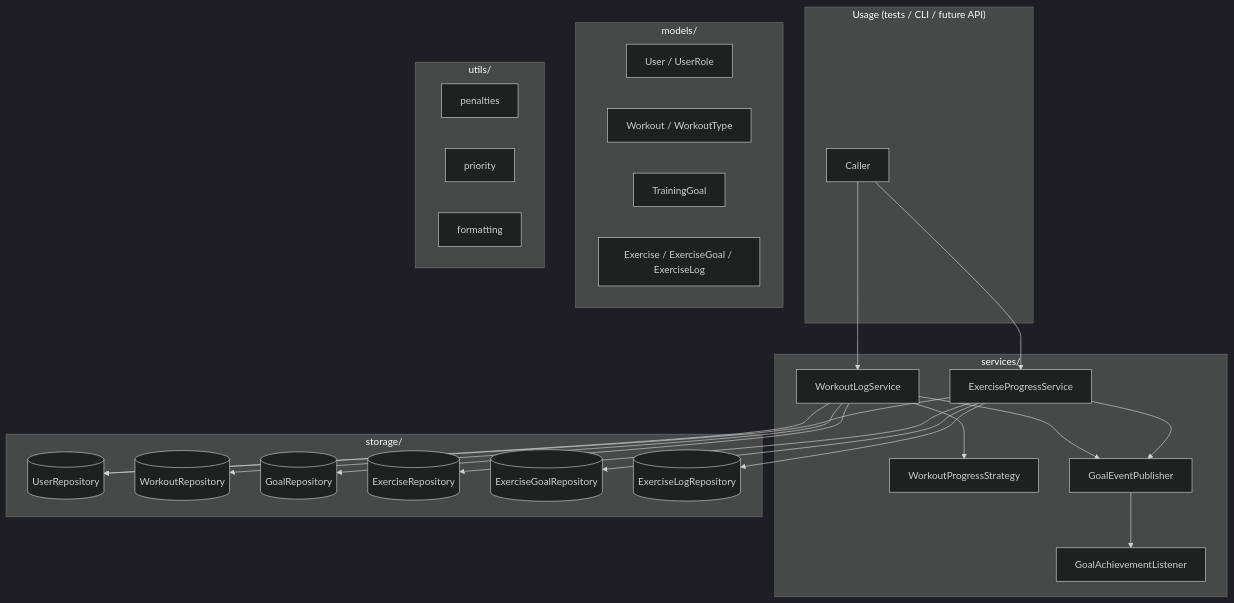
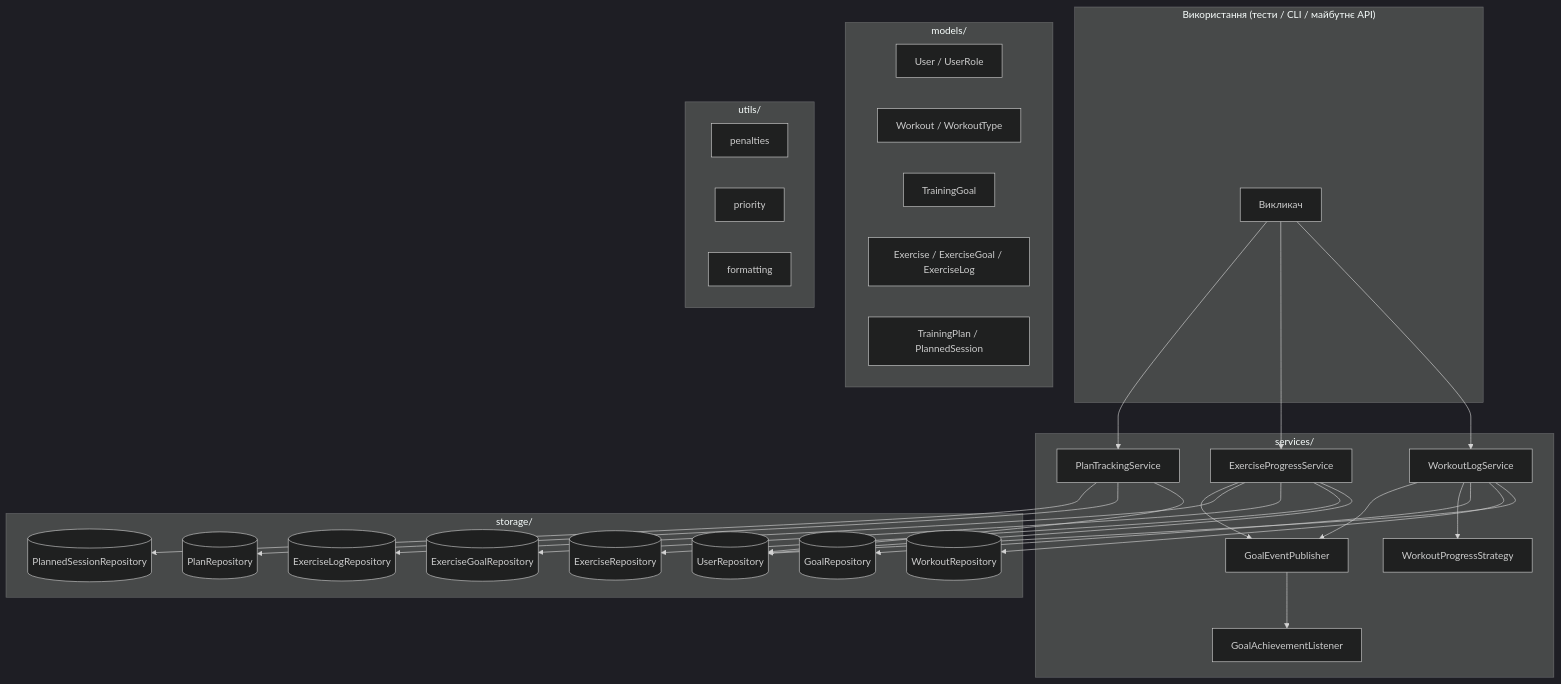
One commit to feardelans/refactoring_proj changed the diagram in README.md. Above: the diagram before and after it, drawn with Mermaid (dark theme). The commit also changed other lines of this file and 19 other files, not shown here.

Commit message:
Add CLI, training plans, workout history, and CI coverage report

````diff
--- a/README.md
+++ b/README.md
@@ -24,41 +25,46 @@
 ```mermaid
 flowchart TB
-  subgraph presentation["Usage (tests / CLI / future API)"]
-    U[Caller]
+  subgraph presentation["Використання (тести / CLI / майбутнє API)"]
+    U[Викликач]
   end
 
   subgraph services["services/"]
     WLS[WorkoutLogService]
     EPS[ExerciseProgressService]
+    PTS[PlanTrackingService]
     STR[WorkoutProgressStrategy]
     PUB[GoalEventPublisher]
     LST[GoalAchievementListener]
   end
 
   subgraph storage["storage/"]
     UR[(UserRepository)]
     WR[(WorkoutRepository)]
     GR[(GoalRepository)]
     ER[(ExerciseRepository)]
     EGR[(ExerciseGoalRepository)]
     ELR[(ExerciseLogRepository)]
+    PR[(PlanRepository)]
+    PSR[(PlannedSessionRepository)]
   end
 
   subgraph models["models/"]
     M1[User / UserRole]
     M2[Workout / WorkoutType]
     M3[TrainingGoal]
     M4[Exercise / ExerciseGoal / ExerciseLog]
+    M5[TrainingPlan / PlannedSession]
   end
 
   subgraph utils["utils/"]
     PEN[penalties]
     PRI[priority]
     FMT[formatting]
   end
 
-  U --> WLS & EPS
+  U --> WLS & EPS & PTS
   WLS --> UR & WR & GR & STR & PUB
   EPS --> UR & ER & EGR & ELR & PUB
+  PTS --> UR & PR & PSR
   PUB --> LST
 ```
````
